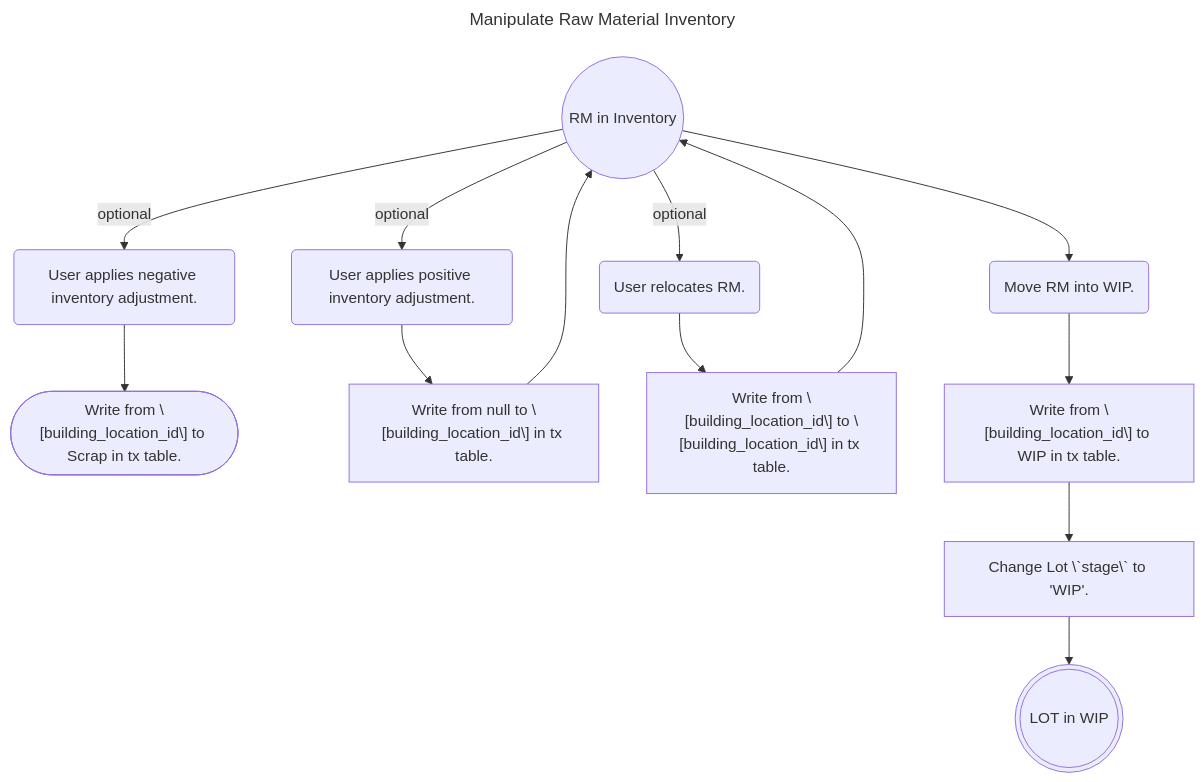
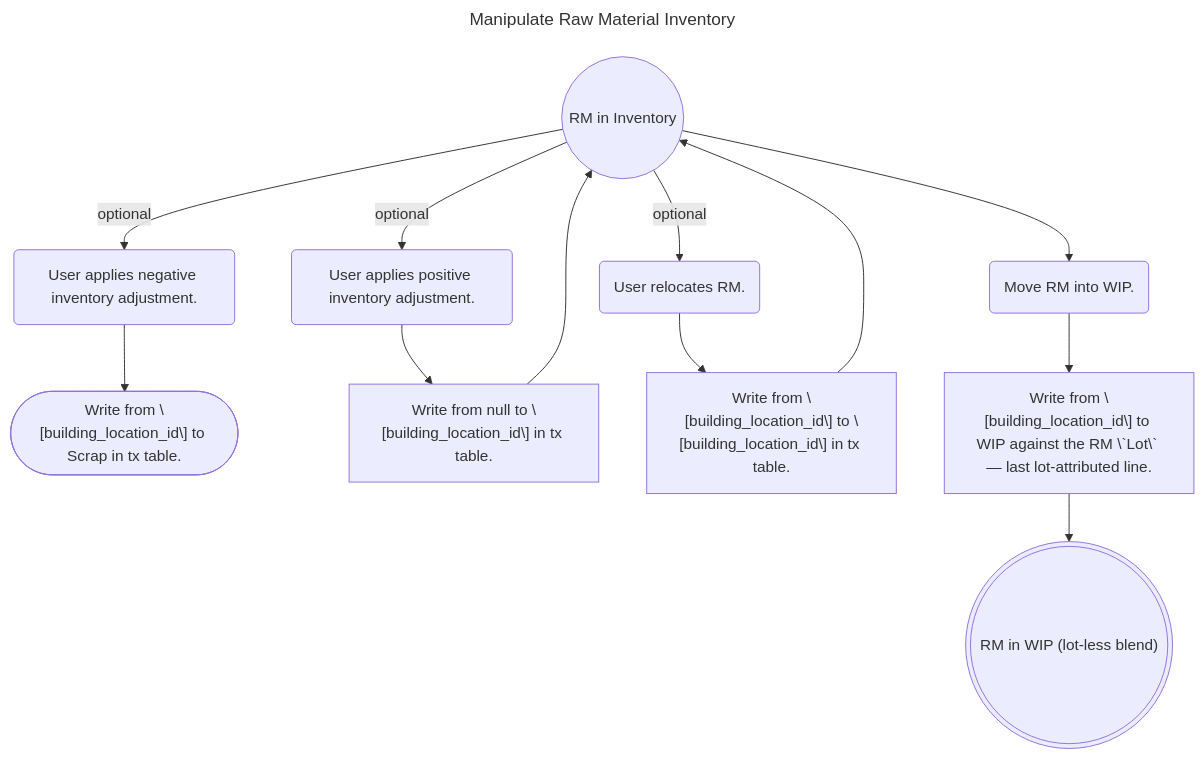
One commit to afi-spencerd/RSM changed the fourth of 8 diagrams in src/tx_table_proposal.md. Above: the diagram before and after it, drawn with Mermaid. The commit also changed other lines of this file, not shown here.

First line of the commit message:
docs: make ledger item-keyed with optional lot (match fw3)

````diff
--- a/src/tx_table_proposal.md
+++ b/src/tx_table_proposal.md
@@ -153,22 +154,21 @@
 ```mermaid
 ---
 title: Manipulate Raw Material Inventory
 ---
 flowchart TB
   rm_in_inventory(("RM in Inventory"))
   adjust_inventory_negative("User applies negative inventory adjustment.")
   tx_adjust_inventory_negative(["Write from \[building_location_id\] to Scrap in tx table."])
   adjust_inventory_positive("User applies positive inventory adjustment.")
   tx_adjust_inventory_positive["Write from null to \[building_location_id\] in tx table."]
   relocate_rm("User relocates RM.")
   tx_relocate_rm["Write from \[building_location_id\] to \[building_location_id\] in tx table."]
   wip_rm("Move RM into WIP.")
-  tx_wip_rm["Write from \[building_location_id\] to WIP in tx table."]
-  cast_rm_to_wip["Change Lot \`stage\` to 'WIP'."]
-  lot_in_wip((("LOT in WIP")))
+  tx_wip_rm["Write from \[building_location_id\] to WIP against the RM \`Lot\` — last lot-attributed line."]
+  rm_in_wip((("RM in WIP (lot-less blend)")))
 
   rm_in_inventory -->|optional| adjust_inventory_negative --> tx_adjust_inventory_negative
   rm_in_inventory -->|optional| adjust_inventory_positive --> tx_adjust_inventory_positive --> rm_in_inventory
   rm_in_inventory -->|optional| relocate_rm --> tx_relocate_rm --> rm_in_inventory
-  rm_in_inventory --> wip_rm --> tx_wip_rm --> cast_rm_to_wip --> lot_in_wip
+  rm_in_inventory --> wip_rm --> tx_wip_rm --> rm_in_wip
 ```
````
